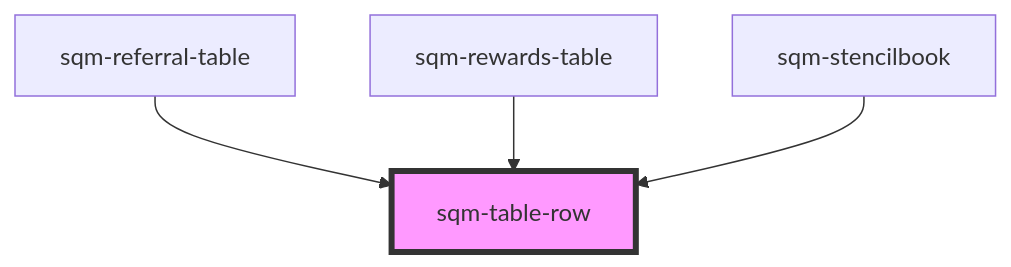
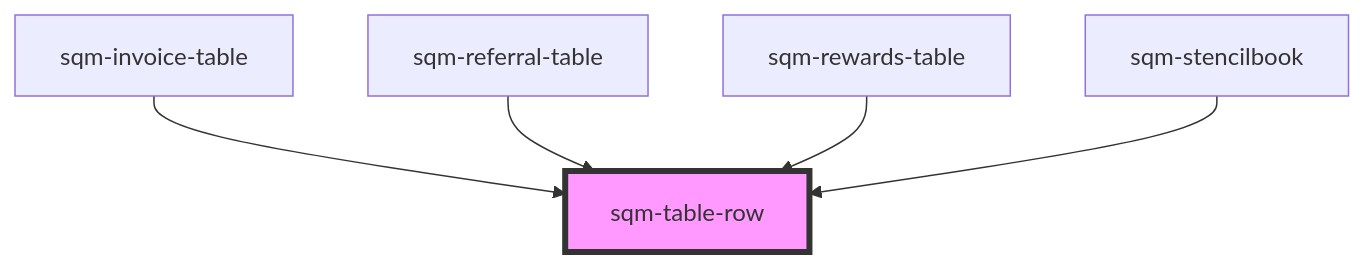
One commit to saasquatch/program-tools changed the diagram in packages/mint-components/src/components/sqm-table-row/readme.md. Above: the diagram before and after it, drawn with Mermaid. The commit also changed other lines of this file and 9 other files, not shown here.

````diff
--- a/packages/mint-components/src/components/sqm-table-row/readme.md
+++ b/packages/mint-components/src/components/sqm-table-row/readme.md
@@ -24,7 +25,8 @@
 ```mermaid
 graph TD;
+  sqm-invoice-table --> sqm-table-row
   sqm-referral-table --> sqm-table-row
   sqm-rewards-table --> sqm-table-row
   sqm-stencilbook --> sqm-table-row
   style sqm-table-row fill:#f9f,stroke:#333,stroke-width:4px
 ```
````
